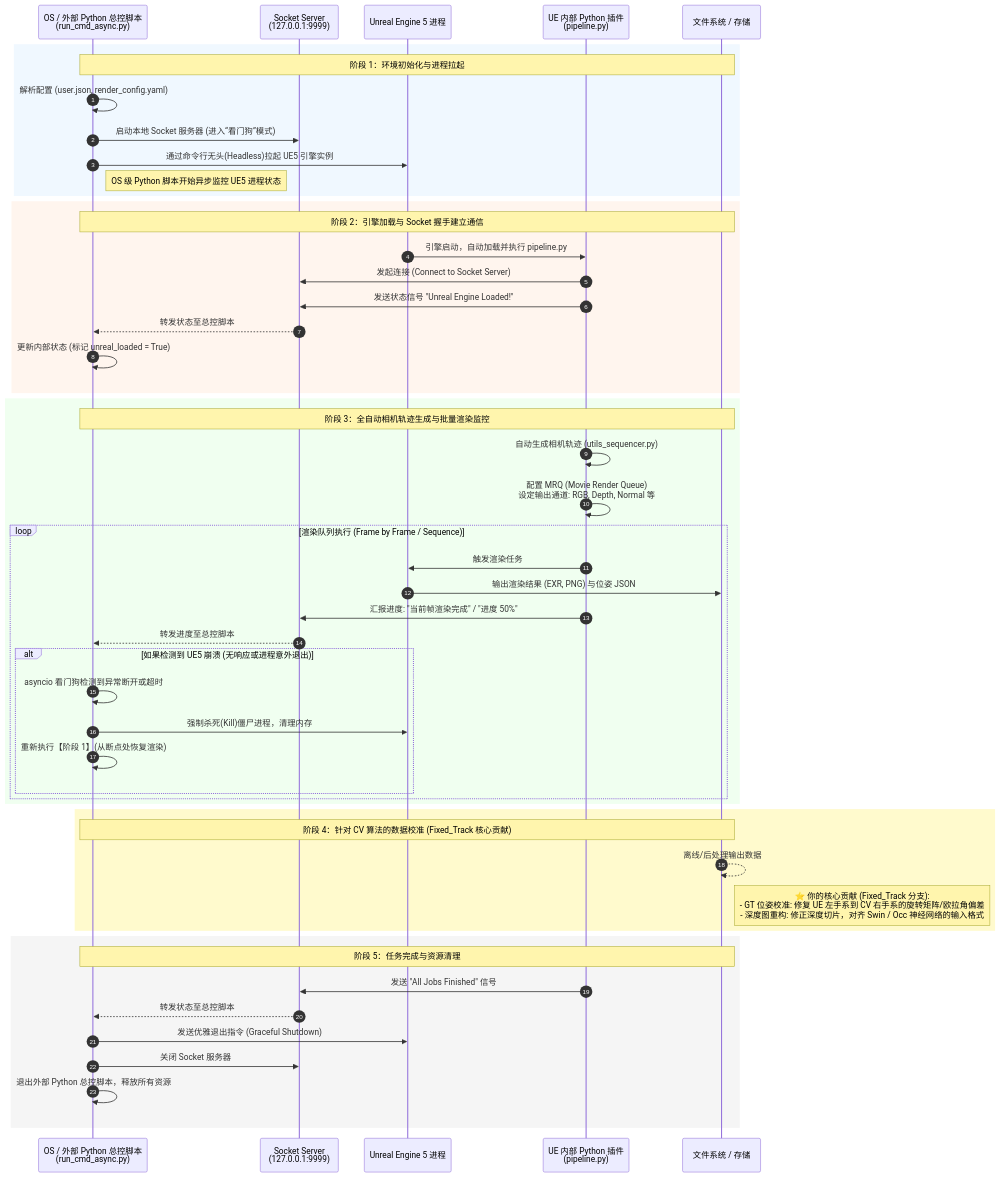
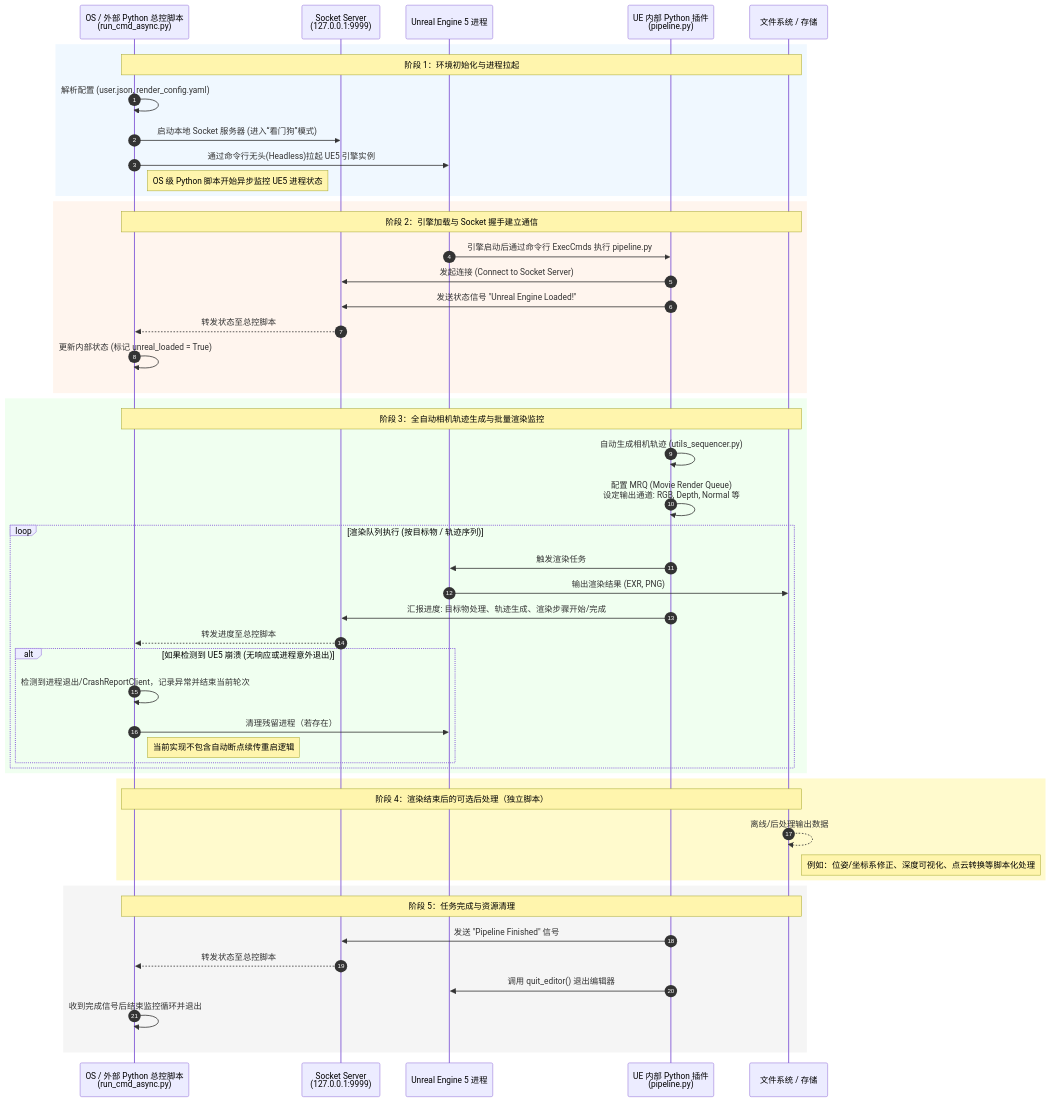
Before and after one commit to Meow-the-Mouse-Muncher/UE5_SAI_Plugin: the first of 2 diagrams in Plugins/MatrixCityPlugin/docs/pipeline_architecture.md, drawn with Mermaid. The commit also changed other lines of this file and 21 other files, not shown here.

````diff
--- a/Plugins/MatrixCityPlugin/docs/pipeline_architecture.md
+++ b/Plugins/MatrixCityPlugin/docs/pipeline_architecture.md
@@ -11,66 +11,65 @@
 ```mermaid
 sequenceDiagram
     autonumber
     participant OS as OS / 外部 Python 总控脚本<br/>(run_cmd_async.py)
     participant Socket as Socket Server<br/>(127.0.0.1:9999)
     participant UE5 as Unreal Engine 5 进程
     participant Pipeline as UE 内部 Python 插件<br/>(pipeline.py)
     participant Storage as 文件系统 / 存储
 
     %% 阶段 1：初始化与启动
     rect rgb(240, 248, 255)
         Note over OS, Storage: 阶段 1：环境初始化与进程拉起
         OS->>OS: 解析配置 (user.json, render_config.yaml)
         OS->>Socket: 启动本地 Socket 服务器 (进入“看门狗”模式)
         OS->>UE5: 通过命令行无头(Headless)拉起 UE5 引擎实例
         Note right of OS: OS 级 Python 脚本开始异步监控 UE5 进程状态
     end
 
     %% 阶段 2：UE5 内部加载与建立通信
     rect rgb(255, 245, 238)
         Note over OS, Storage: 阶段 2：引擎加载与 Socket 握手建立通信
-        UE5->>Pipeline: 引擎启动，自动加载并执行 pipeline.py
+        UE5->>Pipeline: 引擎启动后通过命令行 ExecCmds 执行 pipeline.py
         Pipeline->>Socket: 发起连接 (Connect to Socket Server)
         Pipeline->>Socket: 发送状态信号 "Unreal Engine Loaded!"
         Socket-->>OS: 转发状态至总控脚本
         OS->>OS: 更新内部状态 (标记 unreal_loaded = True)
     end
 
     %% 阶段 3：自动化渲染循环与监控
     rect rgb(240, 255, 240)
         Note over OS, Storage: 阶段 3：全自动相机轨迹生成与批量渲染监控
         Pipeline->>Pipeline: 自动生成相机轨迹 (utils_sequencer.py)
         Pipeline->>Pipeline: 配置 MRQ (Movie Render Queue)<br/>设定输出通道: RGB, Depth, Normal 等
         
-        loop 渲染队列执行 (Frame by Frame / Sequence)
+        loop 渲染队列执行 (按目标物 / 轨迹序列)
             Pipeline->>UE5: 触发渲染任务
-            UE5->>Storage: 输出渲染结果 (EXR, PNG) 与位姿 JSON
-            Pipeline->>Socket: 汇报进度: "当前帧渲染完成" / "进度 50%"
+            UE5->>Storage: 输出渲染结果 (EXR, PNG)
+            Pipeline->>Socket: 汇报进度: 目标物处理、轨迹生成、渲染步骤开始/完成
             Socket-->>OS: 转发进度至总控脚本
             
             %% 异常处理 / 崩溃恢复机制
             alt 如果检测到 UE5 崩溃 (无响应或进程意外退出)
-                OS->>OS: asyncio 看门狗检测到异常断开或超时
-                OS->>UE5: 强制杀死(Kill)僵尸进程，清理内存
-                OS->>OS: 重新执行【阶段 1】(从断点处恢复渲染)
+                OS->>OS: 检测到进程退出/CrashReportClient，记录异常并结束当前轮次
+                OS->>UE5: 清理残留进程（若存在）
+                Note right of OS: 当前实现不包含自动断点续传重启逻辑
             end
         end
     end
 
-    %% 阶段 4：数据校准与输出 (面试核心高光)
+    %% 阶段 4：可选后处理与数据校准
     rect rgb(255, 250, 205)
-        Note over OS, Storage: 阶段 4：针对 CV 算法的数据校准 (Fixed_Track 核心贡献)
+        Note over OS, Storage: 阶段 4：渲染结束后的可选后处理（独立脚本）
         Storage-->>Storage: 离线/后处理输出数据
-        Note right of Storage: ⭐ 你的核心贡献 (Fixed_Track 分支):<br/>- GT 位姿校准: 修复 UE 左手系到 CV 右手系的旋转矩阵/欧拉角偏差<br/>- 深度图重构: 修正深度切片，对齐 Swin / Occ 神经网络的输入格式
+        Note right of Storage: 例如：位姿/坐标系修正、深度可视化、点云转换等脚本化处理
     end
 
     %% 阶段 5：清理与退出
     rect rgb(245, 245, 245)
         Note over OS, Storage: 阶段 5：任务完成与资源清理
-        Pipeline->>Socket: 发送 "All Jobs Finished" 信号
+        Pipeline->>Socket: 发送 "Pipeline Finished" 信号
         Socket-->>OS: 转发状态至总控脚本
-        OS->>UE5: 发送优雅退出指令 (Graceful Shutdown)
-        OS->>Socket: 关闭 Socket 服务器
-        OS->>OS: 退出外部 Python 总控脚本，释放所有资源
+        Pipeline->>UE5: 调用 quit_editor() 退出编辑器
+        OS->>OS: 收到完成信号后结束监控循环并退出
     end
 ```
````
